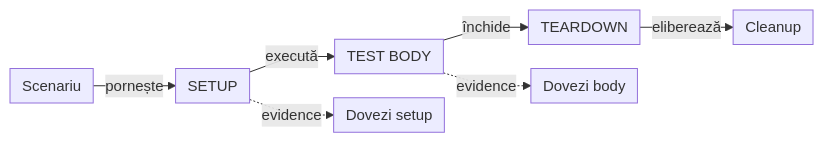
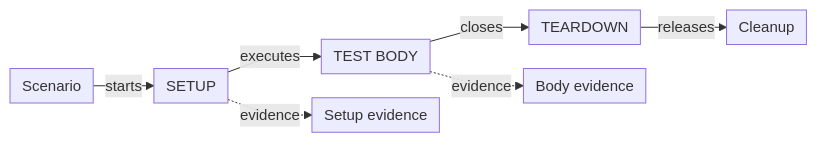
Before and after one commit to crististefanita/atf_j1: diagram 11 of 12 in docs/ATF_Architecture.md, drawn with Mermaid. The commit also changed other lines of this file and 83 other files, not shown here.

````diff
--- a/docs/ATF_Architecture.md
+++ b/docs/ATF_Architecture.md
@@ -745,10 +747,10 @@
 ```mermaid
 %%{init: {"themeVariables":{"fontSize":"15px"},"themeCSS":".nodeLabel, .nodeLabel p { font-size: 15px !important; line-height: 1.35 !important; } .edgeLabel, .edgeLabel p { font-size: 12px !important; font-weight: 400 !important; line-height: 1.2 !important; } .edgeLabel .labelBkg, .edgeLabel p { background: transparent !important; } .edgeLabel foreignObject { transform: translateY(-18px); overflow: visible; } .node rect { rx: 6px; ry: 6px; }","flowchart":{"curve":"linear","nodeSpacing":24,"rankSpacing":24,"padding":6,"diagramPadding":20}}}%%
 flowchart LR
-    Scenario["Scenariu"] -->|pornește| Setup["SETUP"]
-    Setup -->|execută| Body["TEST BODY"]
-    Body -->|închide| Teardown["TEARDOWN"]
-    Teardown -->|eliberează| Cleanup["Cleanup"]
-    Setup -.->|evidence| SetupEvidence["Dovezi setup"]
-    Body -.->|evidence| BodyEvidence["Dovezi body"]
+    Scenario["Scenario"] -->|starts| Setup["SETUP"]
+    Setup -->|executes| Body["TEST BODY"]
+    Body -->|closes| Teardown["TEARDOWN"]
+    Teardown -->|releases| Cleanup["Cleanup"]
+    Setup -.->|evidence| SetupEvidence["Setup evidence"]
+    Body -.->|evidence| BodyEvidence["Body evidence"]
 ```
````
